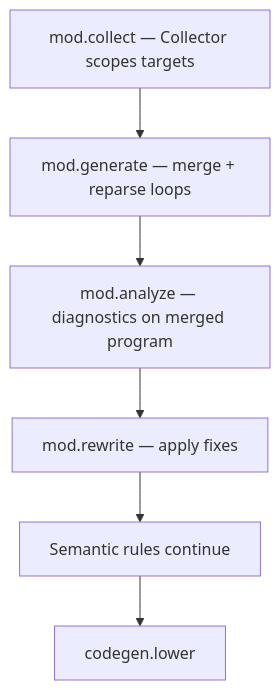
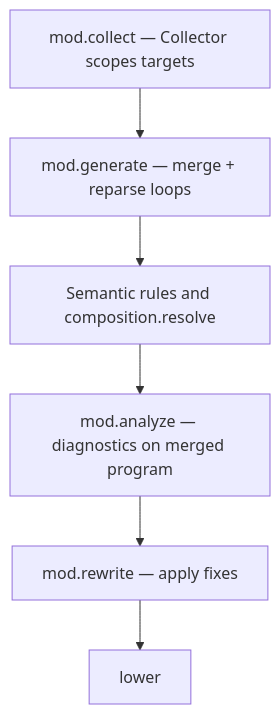
One commit to Cyber-Nomad-Collective/beskid changed the diagram in site/website/src/content/docs/book/15-mods-plugins-with-consequences/pipeline-phases.md. Above: the diagram before and after it, drawn with Mermaid. The commit also changed other lines of this file and 6 other files, not shown here.

First line of the commit message:
fix(website): correct diagram facts found in accuracy review (#278)

````diff
--- a/site/website/src/content/docs/book/15-mods-plugins-with-consequences/pipeline-phases.md
+++ b/site/website/src/content/docs/book/15-mods-plugins-with-consequences/pipeline-phases.md
@@ -13,12 +13,12 @@
 ```mermaid
 flowchart TB
   accTitle: Compiler Mod phase order
-  accDescr: Mod collection, generation, analysis, and rewriting finish before semantic processing continues into code generation.
+  accDescr: Mod collection and generation run first, then semantic rules, then mod analysis and rewriting, before lowering.
   collect[mod.collect — Collector scopes targets]
   generate[mod.generate — merge + reparse loops]
+  semantic[Semantic rules and composition.resolve]
   analyze[mod.analyze — diagnostics on merged program]
   rewrite[mod.rewrite — apply fixes]
-  semantic[Semantic rules continue]
-  lower[codegen.lower]
-  collect --> generate --> analyze --> rewrite --> semantic --> lower
+  lower[lower]
+  collect --> generate --> semantic --> analyze --> rewrite --> lower
 ```
````
